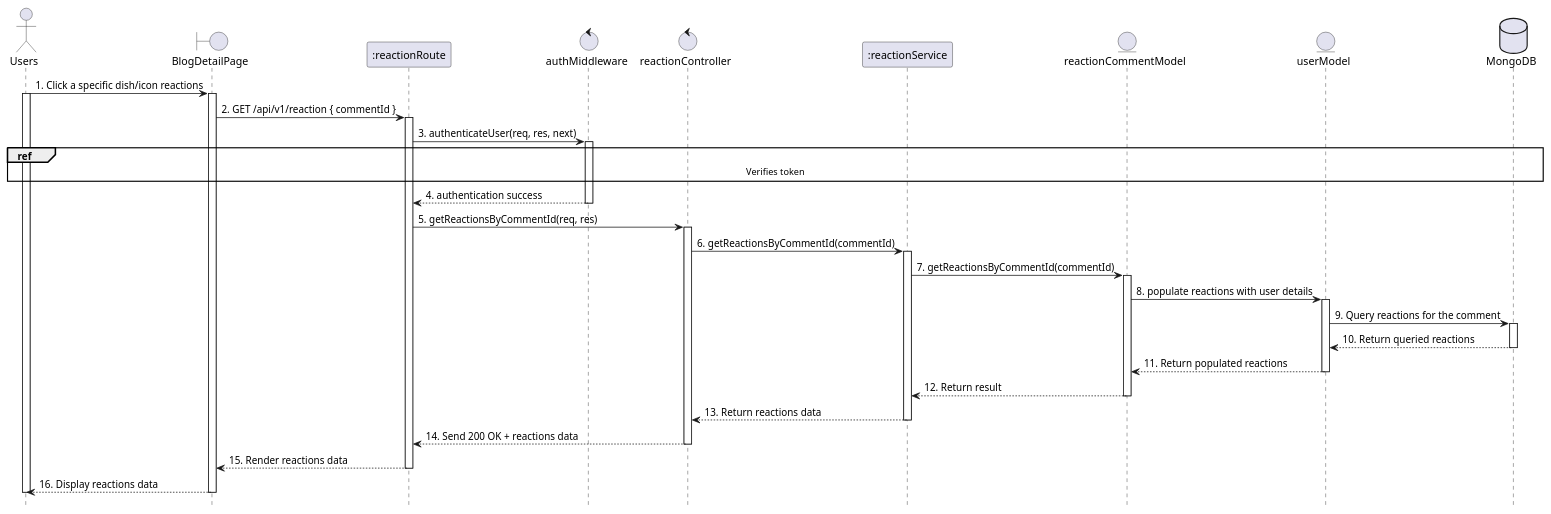
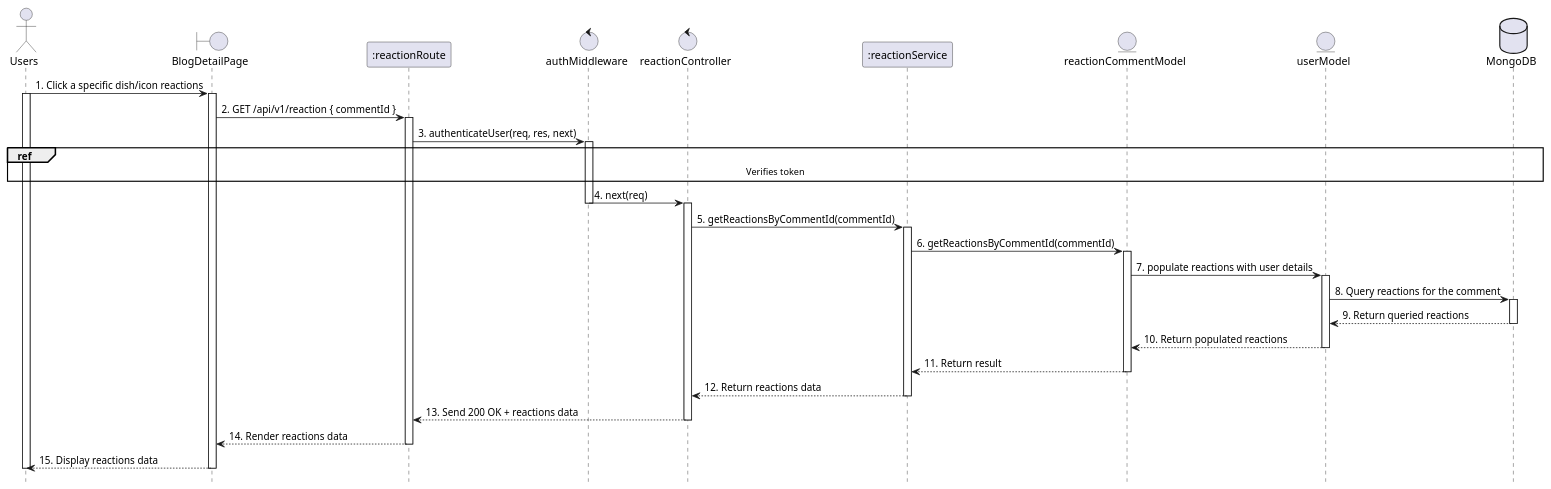
The diagram in planuml/web/20.2_viewReaction.puml (VietDurian/VietDurian), drawn with PlantUML before and after one commit. The commit also changed 18 other files, not shown here.

```diff
--- a/planuml/web/20.2_viewReaction.puml
+++ b/planuml/web/20.2_viewReaction.puml
@@ -1,64 +1,62 @@
 @startuml View Reaction Comments
 
 actor User as "Users"
 boundary "BlogDetailPage" as View 
 participant ":reactionRoute" as Route 
 control "authMiddleware" as Auth 
 control "reactionController" as Controller 
 participant ":reactionService" as Service 
 entity "reactionCommentModel" as Model 
 entity "userModel" as UserModel 
 database "MongoDB" as MongoDB
 hide footbox
 
     User -> View: 1. Click a specific dish/icon reactions
     activate User
     activate View
 
     View -> Route: 2. GET /api/v1/reaction { commentId }
     activate Route
     Route -> Auth: 3. authenticateUser(req, res, next)
     activate Auth
     ref over User, MongoDB : Verifies token
-
-    Auth --> Route: 4. authentication success
+    
+    Auth -> Controller: 4. next(req)
     deactivate Auth
-    
-    Route -> Controller: 5. getReactionsByCommentId(req, res)
     activate Controller
 
-    Controller -> Service: 6. getReactionsByCommentId(commentId)
+    Controller -> Service: 5. getReactionsByCommentId(commentId)
     activate Service
 
-    Service -> Model: 7. getReactionsByCommentId(commentId)
+    Service -> Model: 6. getReactionsByCommentId(commentId)
     activate Model
 
-    Model -> UserModel: 8. populate reactions with user details
+    Model -> UserModel: 7. populate reactions with user details
     activate UserModel
 
-    UserModel -> MongoDB: 9. Query reactions for the comment
+    UserModel -> MongoDB: 8. Query reactions for the comment
     activate MongoDB
-    MongoDB --> UserModel: 10. Return queried reactions
+    MongoDB --> UserModel: 9. Return queried reactions
     deactivate MongoDB
 
-    UserModel --> Model: 11. Return populated reactions
+    UserModel --> Model: 10. Return populated reactions
     deactivate UserModel
 
-    Model --> Service: 12. Return result
+    Model --> Service: 11. Return result
     deactivate Model
 
-    Service --> Controller: 13. Return reactions data
+    Service --> Controller: 12. Return reactions data
     deactivate Service
 
-    Controller --> Route: 14. Send 200 OK + reactions data
+    Controller --> Route: 13. Send 200 OK + reactions data
     deactivate Controller
 
-    Route --> View: 15. Render reactions data
+    Route --> View: 14. Render reactions data
     deactivate Route
 
-    View --> User: 16. Display reactions data
+    View --> User: 15. Display reactions data
     deactivate View
     deactivate User
 
 
 @enduml
```
